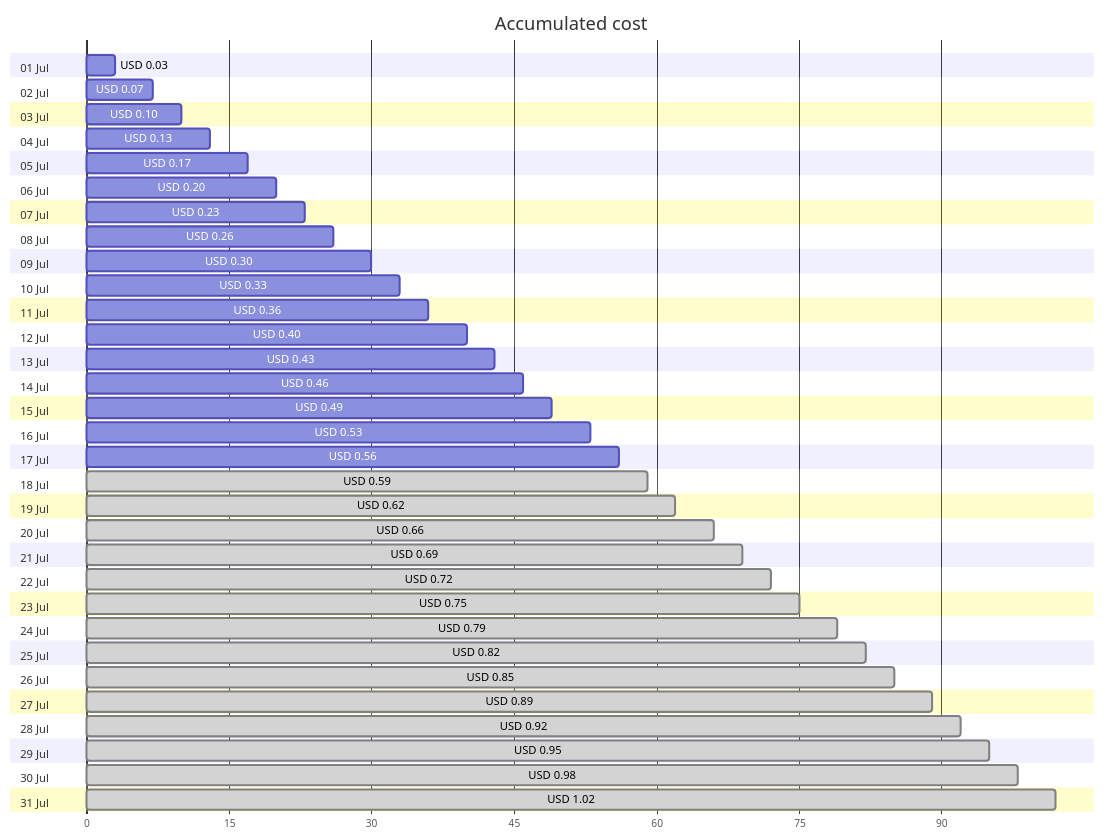
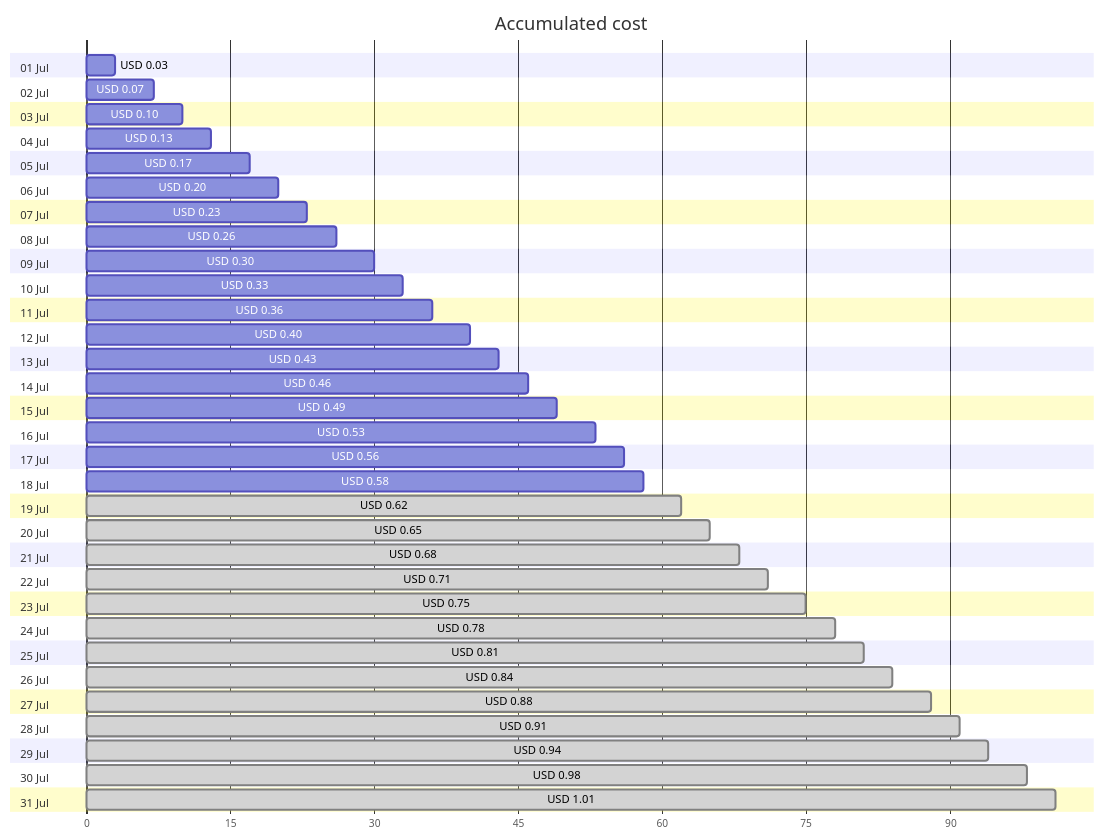
One commit to jpfulton/azure-personal-reports changed the first of 4 diagrams in cost-reports/personal-dns/README.md. Above: the diagram before and after it, drawn with Mermaid. The commit also changed other lines of this file and 2 other files, not shown here.

Commit message:
Generated reports [skip ci]

````diff
--- a/cost-reports/personal-dns/README.md
+++ b/cost-reports/personal-dns/README.md
@@ -20,68 +20,68 @@
 ```mermaid
 gantt
    title Accumulated cost
    dateFormat  X
    axisFormat %s
    section 01 Jul
    USD 0.03 :0, 3
    section 02 Jul
    USD 0.07 :0, 7
    section 03 Jul
    USD 0.10 :0, 10
    section 04 Jul
    USD 0.13 :0, 13
    section 05 Jul
    USD 0.17 :0, 17
    section 06 Jul
    USD 0.20 :0, 20
    section 07 Jul
    USD 0.23 :0, 23
    section 08 Jul
    USD 0.26 :0, 26
    section 09 Jul
    USD 0.30 :0, 30
    section 10 Jul
    USD 0.33 :0, 33
    section 11 Jul
    USD 0.36 :0, 36
    section 12 Jul
    USD 0.40 :0, 40
    section 13 Jul
    USD 0.43 :0, 43
    section 14 Jul
    USD 0.46 :0, 46
    section 15 Jul
    USD 0.49 :0, 49
    section 16 Jul
    USD 0.53 :0, 53
    section 17 Jul
    USD 0.56 :0, 56
    section 18 Jul
-   USD 0.59 : done, 0, 59
+   USD 0.58 :0, 58
    section 19 Jul
    USD 0.62 : done, 0, 62
    section 20 Jul
-   USD 0.66 : done, 0, 66
+   USD 0.65 : done, 0, 65
    section 21 Jul
-   USD 0.69 : done, 0, 69
+   USD 0.68 : done, 0, 68
    section 22 Jul
-   USD 0.72 : done, 0, 72
+   USD 0.71 : done, 0, 71
    section 23 Jul
    USD 0.75 : done, 0, 75
    section 24 Jul
-   USD 0.79 : done, 0, 79
+   USD 0.78 : done, 0, 78
    section 25 Jul
-   USD 0.82 : done, 0, 82
+   USD 0.81 : done, 0, 81
    section 26 Jul
-   USD 0.85 : done, 0, 85
+   USD 0.84 : done, 0, 84
    section 27 Jul
-   USD 0.89 : done, 0, 89
+   USD 0.88 : done, 0, 88
    section 28 Jul
-   USD 0.92 : done, 0, 92
+   USD 0.91 : done, 0, 91
    section 29 Jul
-   USD 0.95 : done, 0, 95
+   USD 0.94 : done, 0, 94
    section 30 Jul
    USD 0.98 : done, 0, 98
    section 31 Jul
-   USD 1.02 : done, 0, 102
+   USD 1.01 : done, 0, 101
 ```
````
